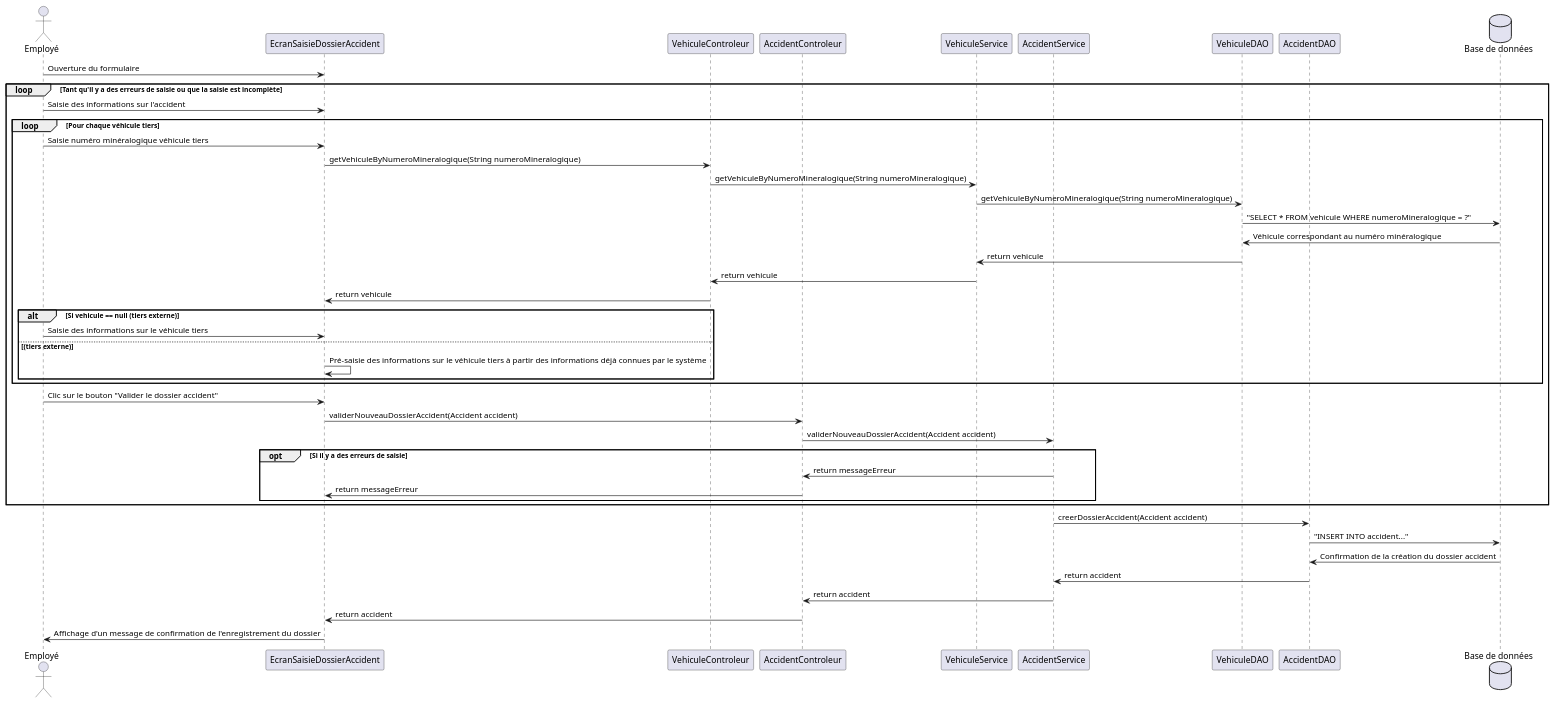
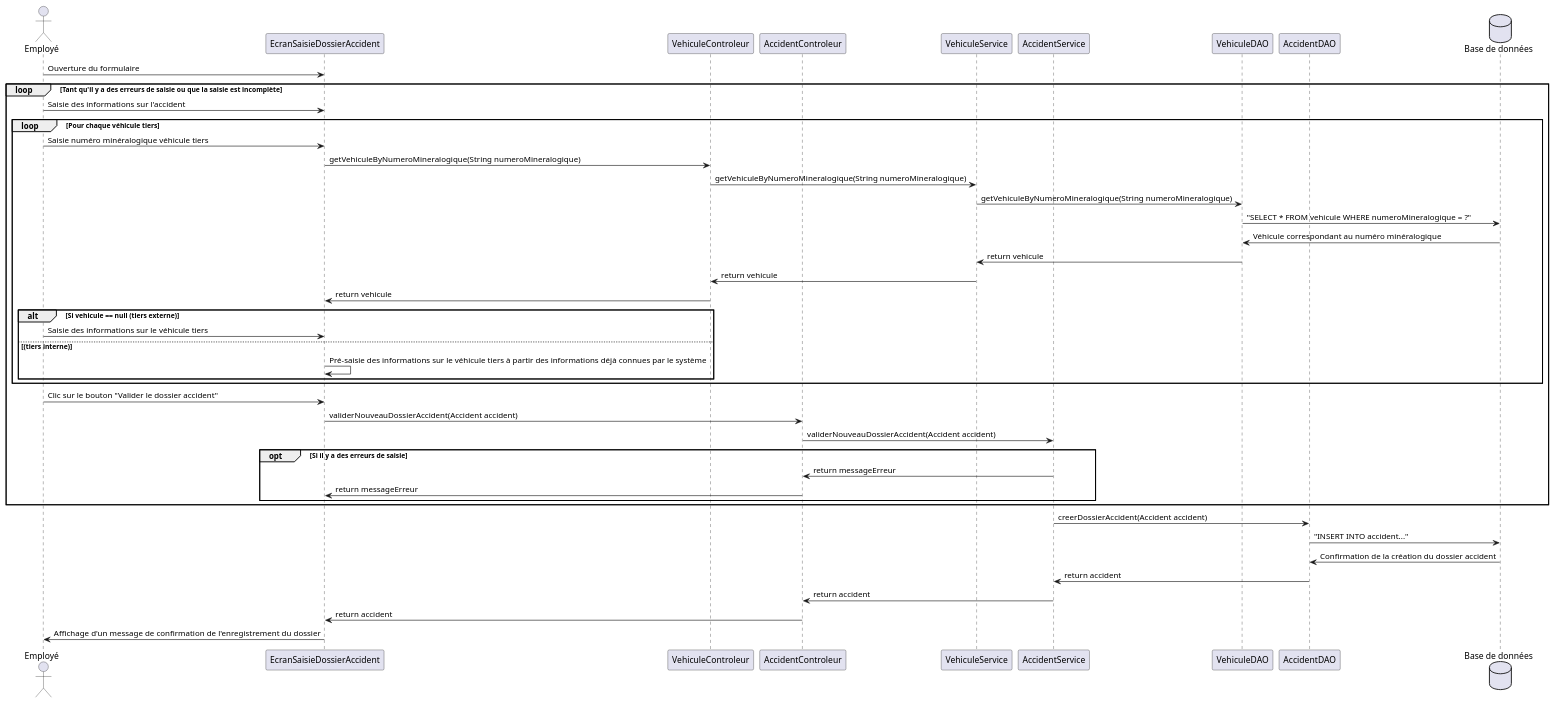
One commit to tgoubin/coo-2021-corrections changed the sixth of 7 diagrams in src/main/resources/td7.adoc. Above: the diagram before and after it, drawn with PlantUML. The commit also changed other lines of this file and 15 other files, not shown here.

```diff
--- a/src/main/resources/td7.adoc
+++ b/src/main/resources/td7.adoc
@@ -465,57 +467,57 @@
 [plantuml, "td7SequencesSaisieAccidents", png]  
 ----
 @startuml
 
 actor Employé
 participant EcranSaisieDossierAccident
 participant VehiculeControleur
 participant AccidentControleur
 participant VehiculeService
 participant AccidentService
 participant VehiculeDAO
 participant AccidentDAO
 database "Base de données"
 
 Employé -> EcranSaisieDossierAccident: Ouverture du formulaire
 
 loop Tant qu'il y a des erreurs de saisie ou que la saisie est incomplète
 	Employé -> EcranSaisieDossierAccident: Saisie des informations sur l'accident
 	
 	loop Pour chaque véhicule tiers
 		Employé -> EcranSaisieDossierAccident: Saisie numéro minéralogique véhicule tiers
 		EcranSaisieDossierAccident -> VehiculeControleur: getVehiculeByNumeroMineralogique(String numeroMineralogique)
 		VehiculeControleur -> VehiculeService: getVehiculeByNumeroMineralogique(String numeroMineralogique)
 		VehiculeService -> VehiculeDAO: getVehiculeByNumeroMineralogique(String numeroMineralogique)
 		VehiculeDAO -> "Base de données": "SELECT * FROM vehicule WHERE numeroMineralogique = ?"
 		"Base de données" -> VehiculeDAO: Véhicule correspondant au numéro minéralogique
 		VehiculeDAO -> VehiculeService: return vehicule
 		VehiculeService -> VehiculeControleur: return vehicule
 		VehiculeControleur -> EcranSaisieDossierAccident: return vehicule
 
 		alt Si vehicule == null (tiers externe)
 			Employé -> EcranSaisieDossierAccident: Saisie des informations sur le véhicule tiers
-		else (tiers externe)
+		else (tiers interne)
 			EcranSaisieDossierAccident -> EcranSaisieDossierAccident: Pré-saisie des informations sur le véhicule tiers à partir des informations déjà connues par le système
 		end
 	end
 	
 	Employé -> EcranSaisieDossierAccident: Clic sur le bouton "Valider le dossier accident"
 	EcranSaisieDossierAccident -> AccidentControleur: validerNouveauDossierAccident(Accident accident)
 	AccidentControleur -> AccidentService: validerNouveauDossierAccident(Accident accident)
 	
     opt Si il y a des erreurs de saisie
 		AccidentService -> AccidentControleur: return messageErreur
 		AccidentControleur -> EcranSaisieDossierAccident: return messageErreur
     end
 end
 
 AccidentService -> AccidentDAO: creerDossierAccident(Accident accident)
 AccidentDAO -> "Base de données": "INSERT INTO accident..."
 "Base de données" -> AccidentDAO: Confirmation de la création du dossier accident
 AccidentDAO -> AccidentService: return accident
 AccidentService -> AccidentControleur: return accident
 AccidentControleur -> EcranSaisieDossierAccident: return accident
 EcranSaisieDossierAccident -> Employé: Affichage d'un message de confirmation de l'enregistrement du dossier
 
 @enduml
 ----
```
